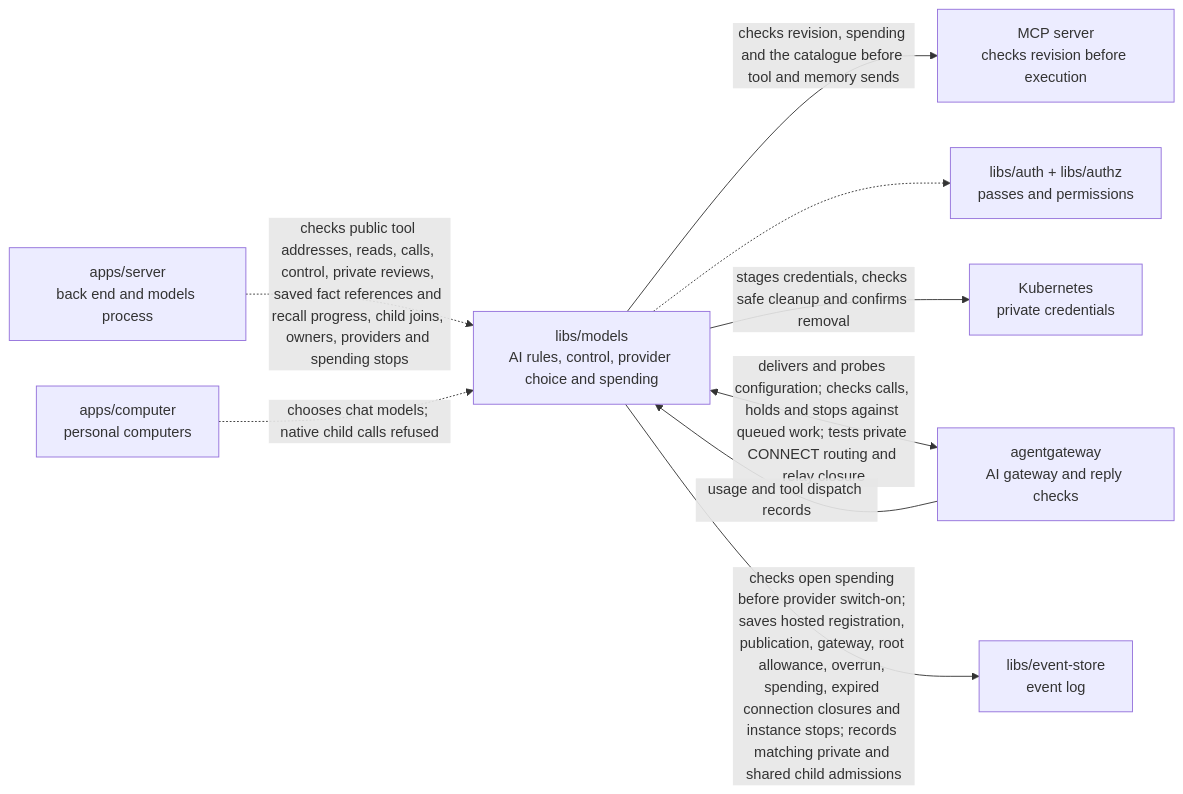
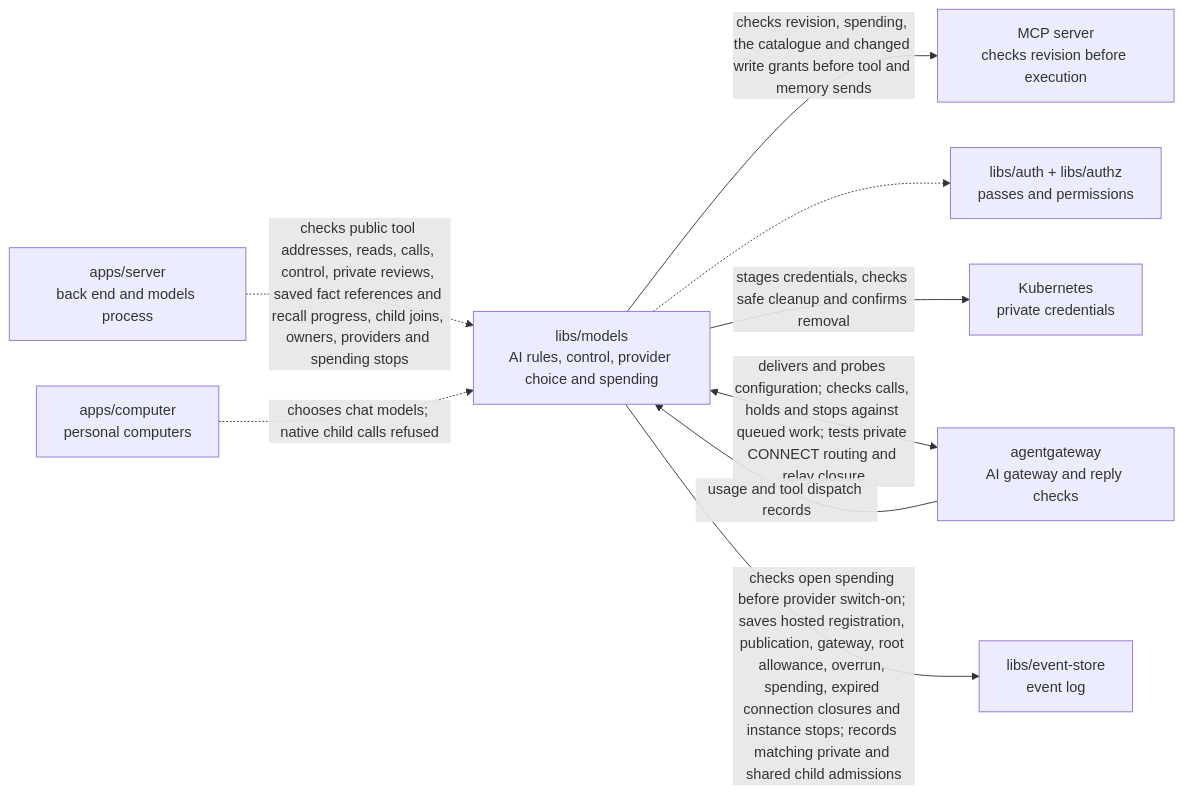
One commit to elewa-git/opencrane-new changed the diagram in libs/models/README.md. Above: the diagram before and after it, drawn with Mermaid. The commit also changed other lines of this file and 6 other files, not shown here.

````diff
--- a/libs/models/README.md
+++ b/libs/models/README.md
@@ -14,11 +14,11 @@
 ```mermaid
 flowchart LR
   server["apps/server<br/>back end and models process"] -.->|checks public tool addresses, reads, calls, control, private reviews, saved fact references and recall progress, child joins, owners, providers and spending stops| models["libs/models<br/>AI rules, control, provider choice and spending"]
-  models -->|checks revision, spending and the catalogue before tool and memory sends| mcp["MCP server<br/>checks revision before execution"]
+  models -->|checks revision, spending, the catalogue and changed write grants before tool and memory sends| mcp["MCP server<br/>checks revision before execution"]
   computer["apps/computer<br/>personal computers"] -.->|chooses chat models; native child calls refused| models
   models -.-> auth["libs/auth + libs/authz<br/>passes and permissions"]
   models -->|stages credentials, checks safe cleanup and confirms removal| custody["Kubernetes<br/>private credentials"]
   models <-->|delivers and probes configuration; checks calls, holds and stops against queued work; tests private CONNECT routing and relay closure| gateway["agentgateway<br/>AI gateway and reply checks"]
   gateway -->|usage and tool dispatch records| models
   models -->|checks open spending before provider switch-on; saves hosted registration, publication, gateway, root allowance, overrun, spending, expired connection closures and instance stops; records matching private and shared child admissions| store["libs/event-store<br/>event log"]
 ```
````
